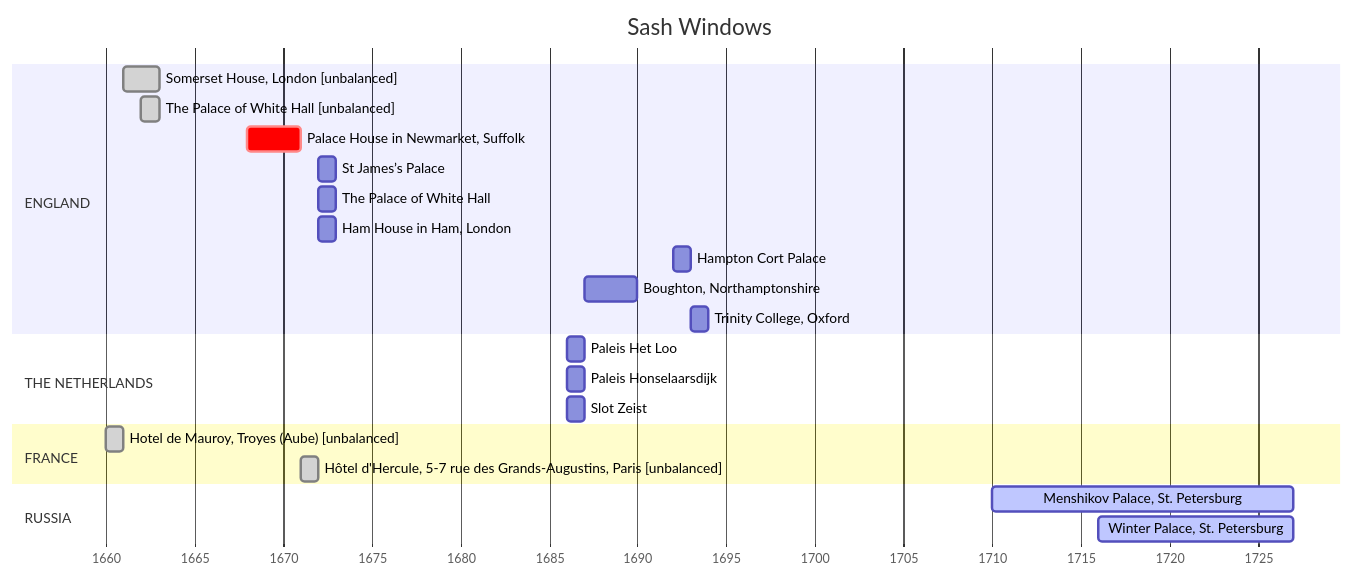
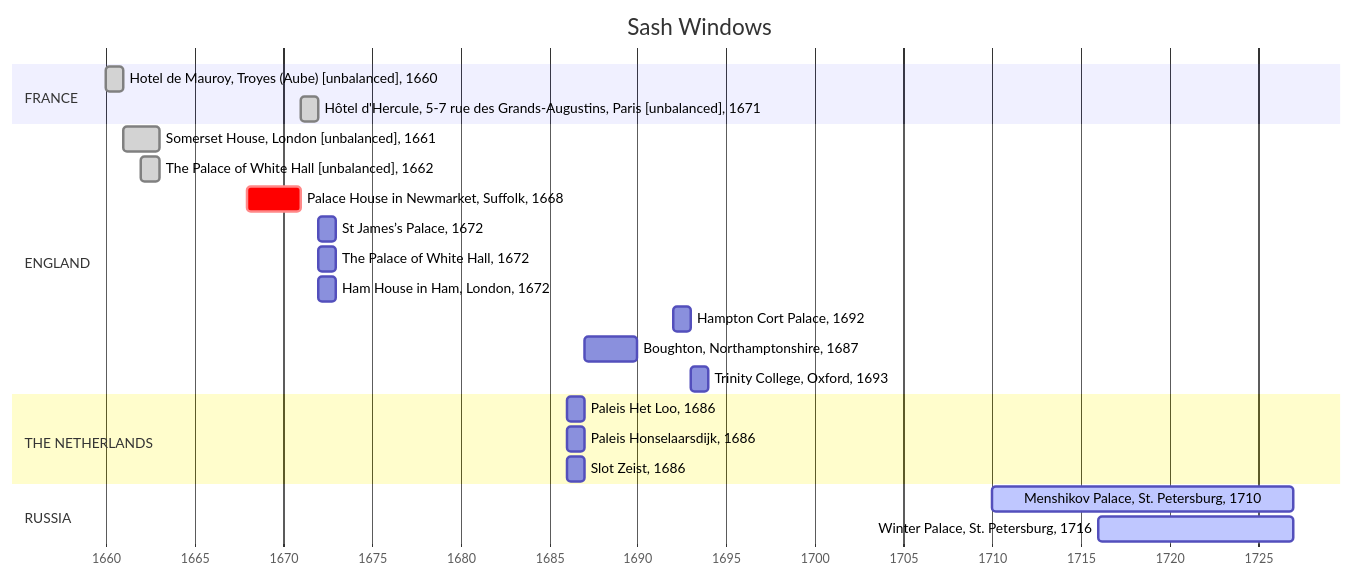
One commit to tropintropin/sash_windows changed the diagram in TIMELINE_EARLY_SASH_WINDOWS_IN_THE_EUROPE.md. Above: the diagram before and after it, drawn with Mermaid.

````diff
--- a/TIMELINE_EARLY_SASH_WINDOWS_IN_THE_EUROPE.md
+++ b/TIMELINE_EARLY_SASH_WINDOWS_IN_THE_EUROPE.md
@@ -3,32 +3,32 @@
 ```mermaid
 gantt
 	title Sash Windows
 	dateFormat YYYY
     axisFormat %Y
 
+    section FRANCE
+        Hotel de Mauroy, Troyes (Aube) [unbalanced], 1660                         : done, 1660, 1y
+        Hôtel d'Hercule, 5-7 rue des Grands-Augustins, Paris [unbalanced], 1671   : done, 1671, 1y
+
 	section ENGLAND
-        Somerset House, London [unbalanced]         : done, 1661, 1663
-		The Palace of White Hall [unbalanced]       : done, 1662, 1y
-		Palace House in Newmarket, Suffolk          : crit, 1668, 1671
-        St James’s Palace                           : 1672, 1y
-		The Palace of White Hall                    : 1672, 1y
-        Ham House in Ham, London                    : 1672, 1673
-		Hampton Cort Palace                         : 1692, 1693
-		Boughton, Northamptonshire                  : 1687, 1690
-		Trinity College, Oxford                     : 1693, 1y
+        Somerset House, London [unbalanced], 1661         : done, 1661, 1663
+		The Palace of White Hall [unbalanced], 1662       : done, 1662, 1y
+		Palace House in Newmarket, Suffolk, 1668          : crit, 1668, 1671
+        St James’s Palace, 1672                           : 1672, 1y
+		The Palace of White Hall, 1672                    : 1672, 1y
+        Ham House in Ham, London, 1672                    : 1672, 1673
+		Hampton Cort Palace, 1692                         : 1692, 1693
+		Boughton, Northamptonshire, 1687                  : 1687, 1690
+		Trinity College, Oxford, 1693                     : 1693, 1y
 
     section THE NETHERLANDS
-        Paleis Het Loo                              : 1686, 1y
-        Paleis Honselaarsdijk                       : 1686, 1y
-        Slot Zeist                                  : 1686, 1y
-    
-    section FRANCE
-        Hotel de Mauroy, Troyes (Aube) [unbalanced]                         : done, 1660, 1y
-        Hôtel d'Hercule, 5-7 rue des Grands-Augustins, Paris [unbalanced]   : done, 1671, 1y
+        Paleis Het Loo, 1686                              : 1686, 1y
+        Paleis Honselaarsdijk, 1686                       : 1686, 1y
+        Slot Zeist, 1686                                  : 1686, 1y
 
     section RUSSIA
-        Menshikov Palace, St. Petersburg            : active, 1710, 1727
-        Winter Palace, St. Petersburg               : active, 1716, 1727
+        Menshikov Palace, St. Petersburg, 1710            : active, 1710, 1727
+        Winter Palace, St. Petersburg, 1716               : active, 1716, 1727
 
 
 ```
````
